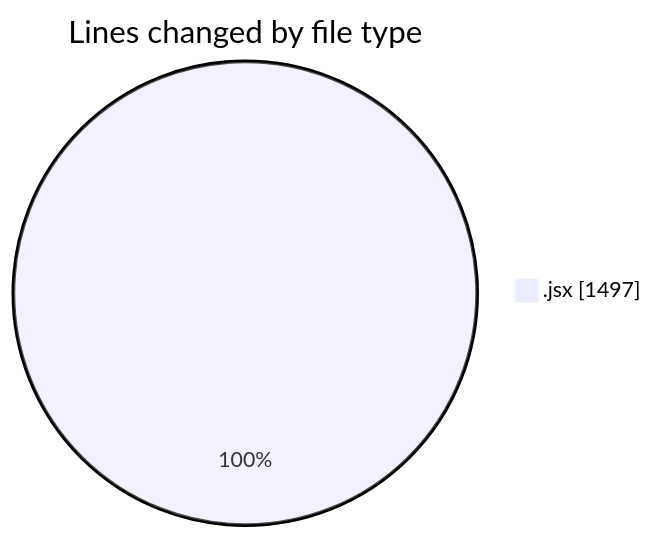
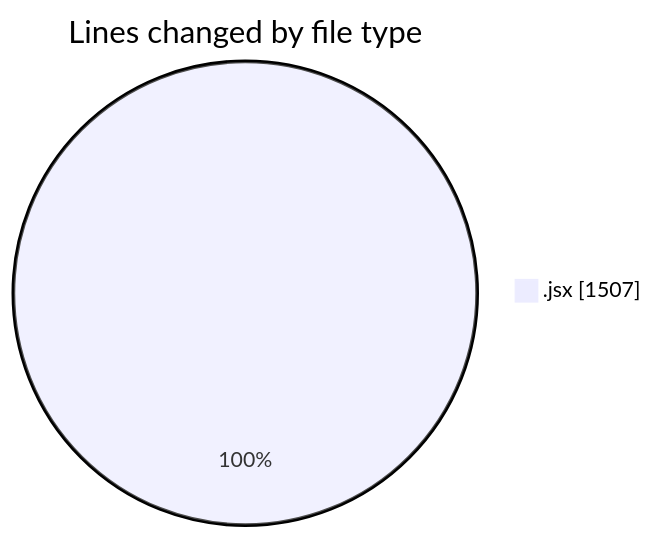
Before and after one commit to nxtqubesakshisongat/code-tracking: the first of 2 diagrams in 2025-09-21/nxtqube_webapp/README.md, drawn with Mermaid. The commit also changed other lines of this file and 1 other file, not shown here.

````diff
--- a/2025-09-21/nxtqube_webapp/README.md
+++ b/2025-09-21/nxtqube_webapp/README.md
@@ -20,5 +20,5 @@
 ```mermaid
 pie showData
 title Lines changed by file type
-".jsx" : 1497
+".jsx" : 1507
 ```
````
